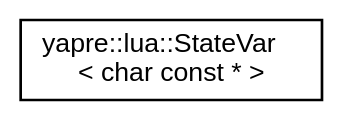
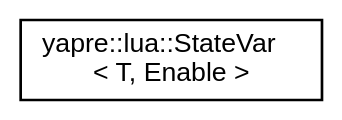
The diagram in docs/inherit_graph_18.dot (yapre-run/doc), drawn with Graphviz before and after one commit. The commit also changed 298 other files, not shown here.

```diff
--- a/docs/inherit_graph_18.dot
+++ b/docs/inherit_graph_18.dot
@@ -1,9 +1,9 @@
 digraph "Graphical Class Hierarchy"
 {
  // LATEX_PDF_SIZE
   bgcolor="transparent";
   edge [fontname="Helvetica",fontsize="10",labelfontname="Helvetica",labelfontsize="10"];
   node [fontname="Helvetica",fontsize="10",shape=record];
   rankdir="LR";
-  Node0 [label="yapre::lua::StateVar\l\< char const * \>",height=0.2,width=0.4,color="black",URL="$structyapre_1_1lua_1_1_state_var_3_01char_01const_01_5_01_4.html",tooltip=" "];
+  Node0 [label="yapre::lua::StateVar\l\< T, Enable \>",height=0.2,width=0.4,color="black",URL="$structyapre_1_1lua_1_1_state_var.html",tooltip=" "];
 }
```
